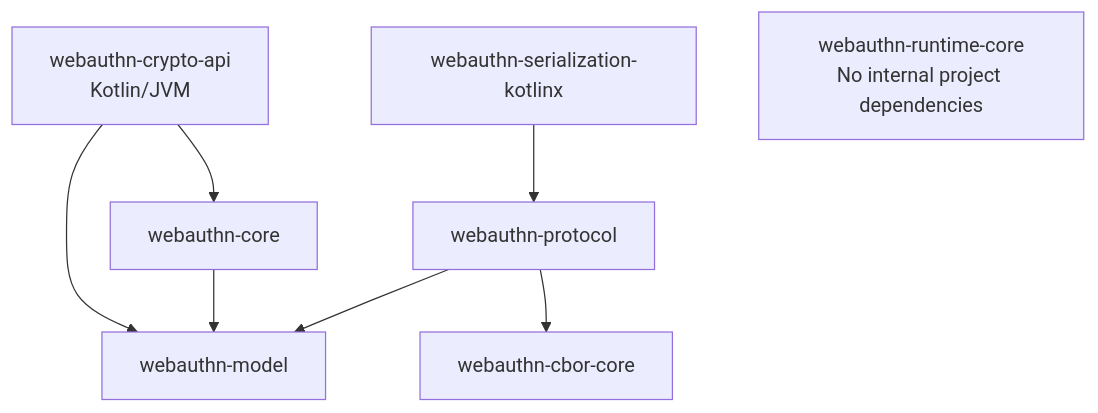
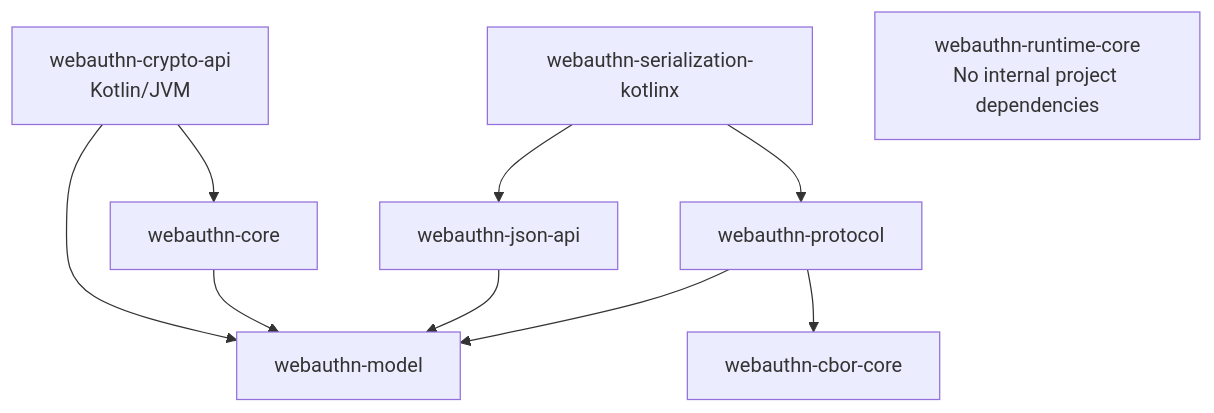
Before and after one commit to szijpeter/webauthn-kotlin-multiplatform: the second of 4 diagrams in docs/architecture.md, drawn with Mermaid. The commit also changed other lines of this file and 18 other files, not shown here.

Commit message:
refactor(json): introduce codec-neutral WebAuthn API

````diff
--- a/docs/architecture.md
+++ b/docs/architecture.md
@@ -58,17 +58,20 @@
 ```mermaid
 flowchart TB
     CRYPTO_API["webauthn-crypto-api<br/>Kotlin/JVM"]
     CORE["webauthn-core"]
     SERIALIZATION["webauthn-serialization-kotlinx"]
+    JSON_API["webauthn-json-api"]
     PROTOCOL["webauthn-protocol"]
     CBOR["webauthn-cbor-core"]
     MODEL["webauthn-model"]
     RUNTIME["webauthn-runtime-core<br/>No internal project dependencies"]
 
     CRYPTO_API --> CORE
     CRYPTO_API --> MODEL
     CORE --> MODEL
+    SERIALIZATION --> JSON_API
     SERIALIZATION --> PROTOCOL
+    JSON_API --> MODEL
     PROTOCOL --> MODEL
     PROTOCOL --> CBOR
 ```
````
